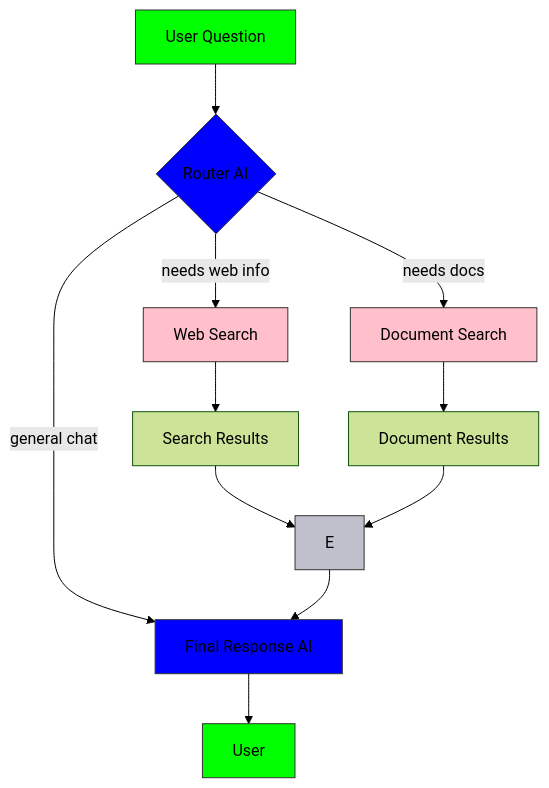
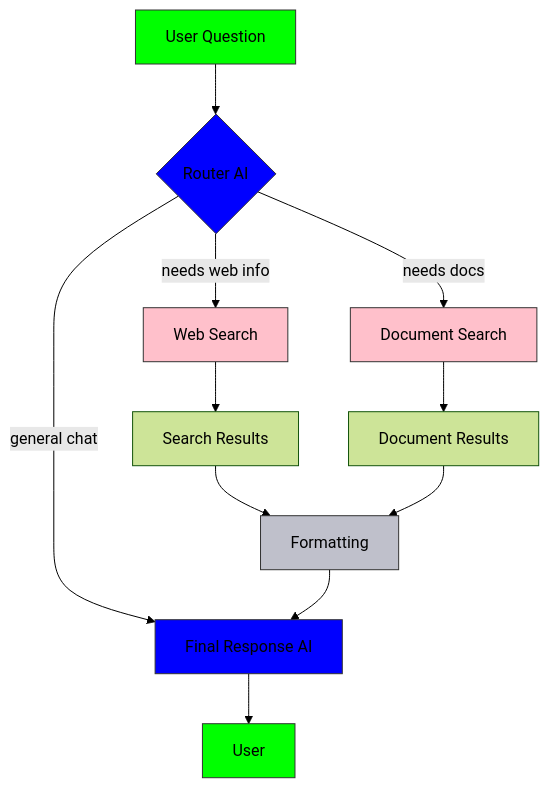
The first of 2 diagrams in blogs/part1.md (ollienation/Blog), drawn with Mermaid (forest theme) before and after one commit. The commit also changed other lines of this file and 13 other files, not shown here.

````diff
--- a/blogs/part1.md
+++ b/blogs/part1.md
@@ -342,28 +342,28 @@
 ```mermaid
 
 flowchart TD
     A[User Question] --> B{Router AI}
 
     B -->|needs web info| C[Web Search]
     B -->|needs docs| D[Document Search]
     B -->|general chat| H[Final Response AI]
 
     C --> F[Search Results]
     D --> G[Document Results]
 
-    F --> E
+    F --> E[Formatting]
     G --> E
 
     E --> H
     H --> I[User]
 
     %% Node Styling
     style B fill:#0000FF,stroke:#333,stroke-width:2px; %% Blue
     style H fill:#0000FF,stroke:#333,stroke-width:2px; %% Blue
     style C fill:#FFC0CB,stroke:#333,stroke-width:2px; %% Pink
     style D fill:#FFC0CB,stroke:#333,stroke-width:2px; %% Pink
     style E fill:#BFC0CB,stroke:#333,stroke-width:2px; %% Pink
     style A fill:#00FF00,stroke:#333,stroke-width:2px; %% Green
     style I fill:#00FF00,stroke:#333,stroke-width:2px; %% Green
 
 ```
````
